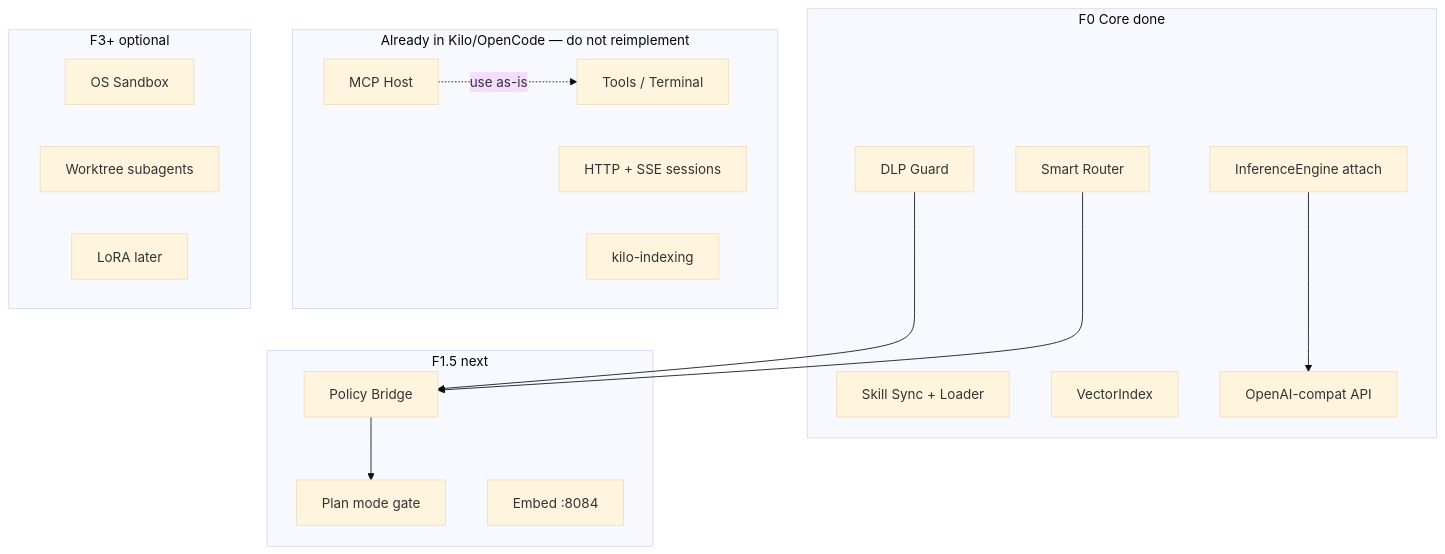
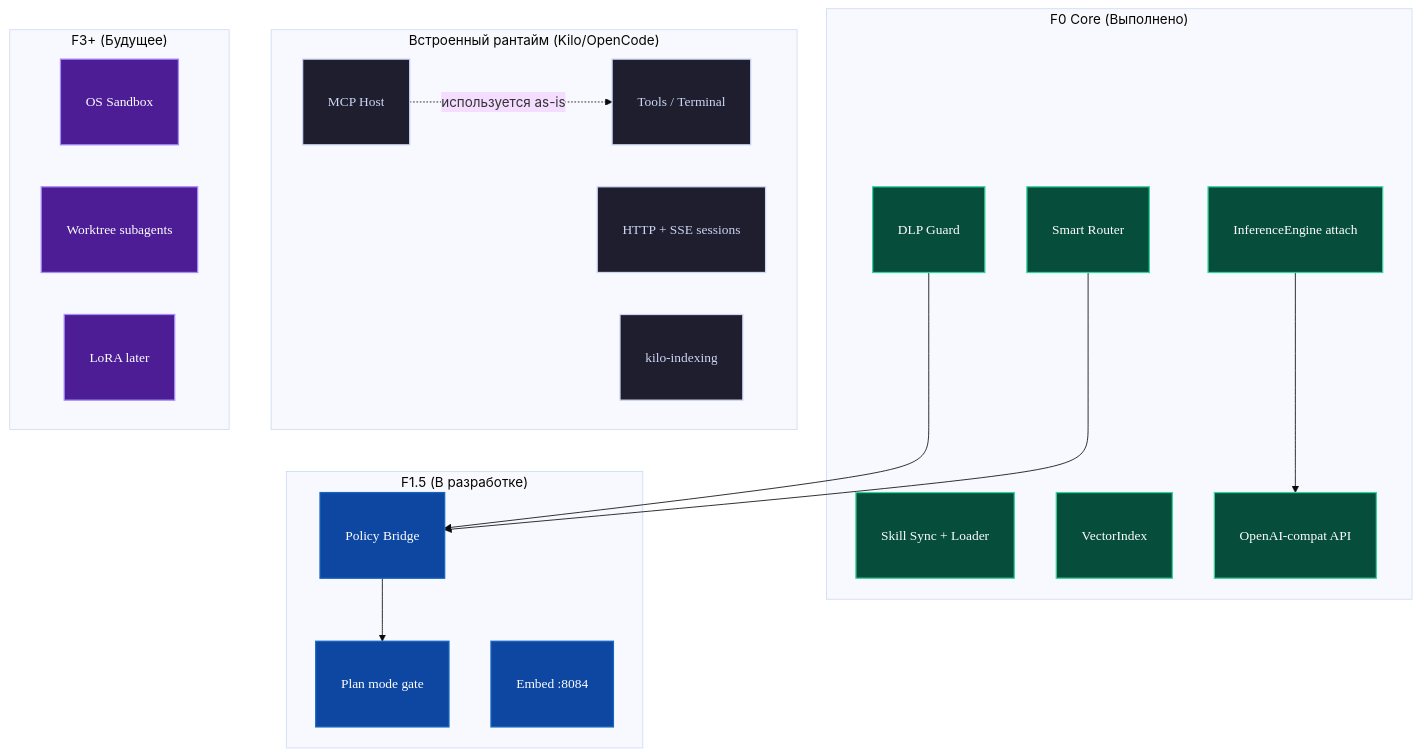
One commit to Bezooom/Evocode changed the sixth of 6 diagrams in docs/ARCHITECTURE.md. Above: the diagram before and after it, drawn with Mermaid (base theme). The commit also changed other lines of this file and 4 other files, not shown here.

Commit message:
docs: optimize Mermaid diagram sizing and styling; make VISUAL architecture interactive HTML

````diff
--- a/docs/ARCHITECTURE.md
+++ b/docs/ARCHITECTURE.md
@@ -357,36 +364,45 @@
 ```mermaid
-graph TB
-    subgraph "F0 Core done"
-        IE[InferenceEngine attach]
-        DLP[DLP Guard]
-        SR[Smart Router]
-        SS[Skill Sync + Loader]
-        VI[VectorIndex]
-        OAI[OpenAI-compat API]
+flowchart TD
+    accTitle: Planned Modules Architecture Roadmap
+    accDescr: Vertical block schema showing planned phases F0, F1.5, external components, and F3 modules.
+
+    classDef default font-size:16px,font-family:'JetBrains Mono',monospace,stroke-width:1.5px,padding:8px;
+    classDef done fill:#064e3b,stroke:#34d399,color:#fff;
+    classDef next fill:#0d47a1,stroke:#1565c0,color:#fff;
+    classDef external fill:#1e1e2e,stroke:#cdd6f4,color:#cdd6f4;
+    classDef future fill:#4c1d95,stroke:#a78bfa,color:#fff;
+
+    subgraph Done["F0 Core (Выполнено)"]
+        IE[InferenceEngine attach]:::done
+        DLP[DLP Guard]:::done
+        SR[Smart Router]:::done
+        SS[Skill Sync + Loader]:::done
+        VI[VectorIndex]:::done
+        OAI[OpenAI-compat API]:::done
     end
     
-    subgraph "F1.5 next"
-        POL[Policy Bridge]
-        PLAN[Plan mode gate]
-        EMB[Embed :8084]
+    subgraph Next["F1.5 (В разработке)"]
+        POL[Policy Bridge]:::next
+        PLAN[Plan mode gate]:::next
+        EMB[Embed :8084]:::next
     end
     
-    subgraph "Already in Kilo/OpenCode — do not reimplement"
-        MCP[MCP Host]
-        TE[Tools / Terminal]
-        SSE[HTTP + SSE sessions]
-        IDX[kilo-indexing]
+    subgraph Ext["Встроенный рантайм (Kilo/OpenCode)"]
+        MCP[MCP Host]:::external
+        TE[Tools / Terminal]:::external
+        SSE[HTTP + SSE sessions]:::external
+        IDX[kilo-indexing]:::external
     end
     
-    subgraph "F3+ optional"
-        SBX[OS Sandbox]
-        WT[Worktree subagents]
-        FT[LoRA later]
+    subgraph Future["F3+ (Будущее)"]
+        SBX[OS Sandbox]:::future
+        WT[Worktree subagents]:::future
+        FT[LoRA later]:::future
     end
     
     IE --> OAI
     DLP --> POL
     SR --> POL
     POL --> PLAN
-    MCP -.->|use as-is| TE
+    MCP -.->|используется as-is| TE
 ```
````
